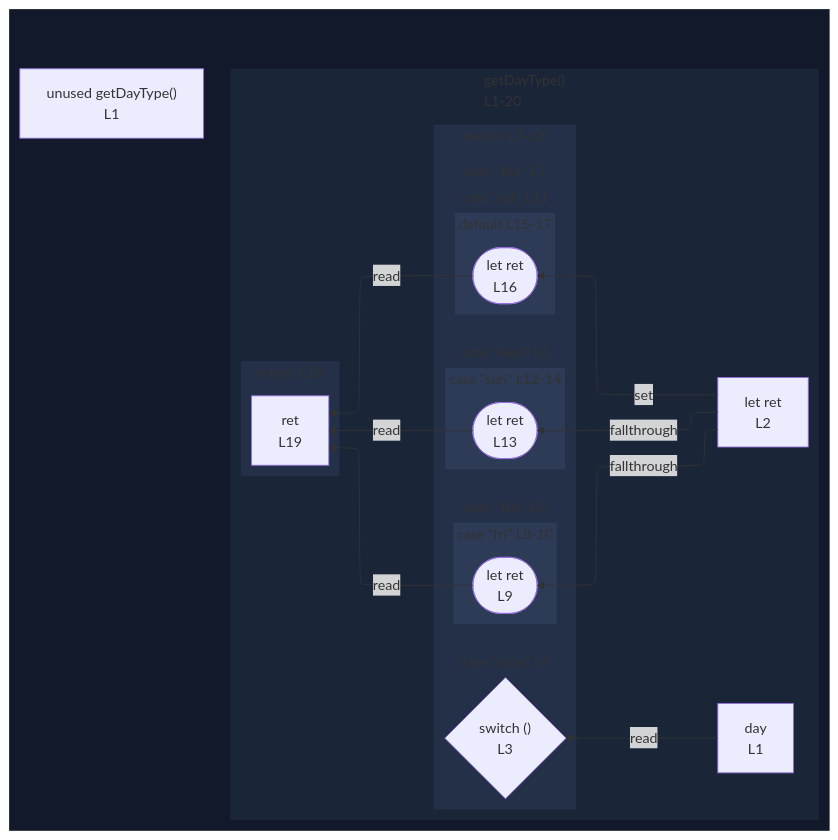
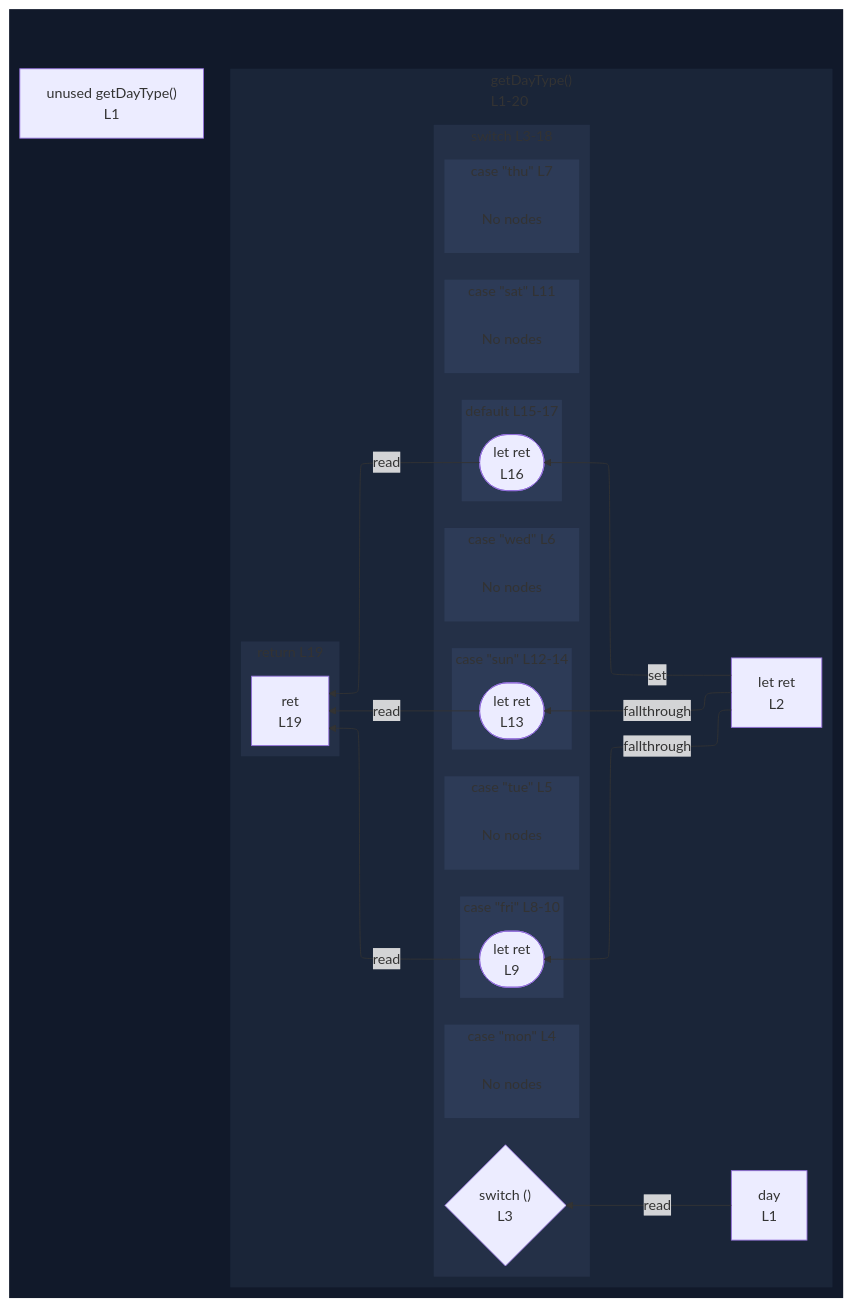
The diagram in integration/fixtures/function/declaration/grouped-switch-cases/preview.md (crescware/unsnarl), drawn with Mermaid before and after one commit. The commit also changed 55 other files, not shown here.

First line of the commit message:
Always emit a 'No nodes' placeholder in empty elk subgraphs

````diff
--- a/integration/fixtures/function/declaration/grouped-switch-cases/preview.md
+++ b/integration/fixtures/function/declaration/grouped-switch-cases/preview.md
@@ -30,71 +30,82 @@
 ```mermaid
 %%{init: {"flowchart": {"defaultRenderer": "elk"}}}%%
 flowchart RL
   subgraph wrap_s_scope_1[" "]
     direction TB
     n_scope_0_getDayType_9["unused getDayType()<br/>L1"]
     subgraph s_scope_1["getDayType()<br/>L1-20"]
       direction RL
       n_scope_1_day_20["day<br/>L1"]
       n_scope_1_ret_33["let ret<br/>L2"]
       subgraph s_scope_2["switch L3-18"]
         direction RL
         switch_discriminant_scope_1_45{"switch ()<br/>L3"}
         subgraph s_scope_3["case &quot;mon&quot; L4"]
           direction RL
+          elk_empty_s_scope_3["No nodes"]
         end
         subgraph s_scope_4["case &quot;tue&quot; L5"]
           direction RL
+          elk_empty_s_scope_4["No nodes"]
         end
         subgraph s_scope_5["case &quot;wed&quot; L6"]
           direction RL
+          elk_empty_s_scope_5["No nodes"]
         end
         subgraph s_scope_6["case &quot;thu&quot; L7"]
           direction RL
+          elk_empty_s_scope_6["No nodes"]
         end
         subgraph s_scope_7["case &quot;fri&quot; L8-10"]
           direction RL
           wr_ref_2(["let ret<br/>L9"])
         end
         subgraph s_scope_8["case &quot;sat&quot; L11"]
           direction RL
+          elk_empty_s_scope_8["No nodes"]
         end
         subgraph s_scope_9["case &quot;sun&quot; L12-14"]
           direction RL
           wr_ref_3(["let ret<br/>L13"])
         end
         subgraph s_scope_10["default L15-17"]
           direction RL
           wr_ref_4(["let ret<br/>L16"])
         end
       end
       subgraph s_return_scope_0_getDayType_9_308_319["return L19"]
         direction RL
         ret_use_ref_5["ret<br/>L19"]
       end
     end
   end
   n_scope_1_ret_33 -->|fallthrough| wr_ref_2
   n_scope_1_ret_33 -->|fallthrough| wr_ref_3
   n_scope_1_ret_33 -->|set| wr_ref_4
   n_scope_1_day_20 -->|read| switch_discriminant_scope_1_45
   wr_ref_2 -->|read| ret_use_ref_5
   wr_ref_3 -->|read| ret_use_ref_5
   wr_ref_4 -->|read| ret_use_ref_5
   classDef nestL1 fill:#11192a,stroke:transparent;
   class wrap_s_scope_1 nestL1;
   classDef nestL2 fill:#1a2538,stroke:transparent;
   class s_scope_1 nestL2;
   classDef nestL3 fill:#243047,stroke:transparent;
   class s_scope_2 nestL3;
   class s_return_scope_0_getDayType_9_308_319 nestL3;
   classDef nestL4 fill:#2d3b57,stroke:transparent;
   class s_scope_3 nestL4;
   class s_scope_4 nestL4;
   class s_scope_5 nestL4;
   class s_scope_6 nestL4;
   class s_scope_7 nestL4;
   class s_scope_8 nestL4;
   class s_scope_9 nestL4;
   class s_scope_10 nestL4;
+  classDef elkEmptyPlaceholder fill:transparent,stroke:transparent;
+  class elk_empty_s_scope_3 elkEmptyPlaceholder;
+  class elk_empty_s_scope_4 elkEmptyPlaceholder;
+  class elk_empty_s_scope_5 elkEmptyPlaceholder;
+  class elk_empty_s_scope_6 elkEmptyPlaceholder;
+  class elk_empty_s_scope_8 elkEmptyPlaceholder;
 ```
````
